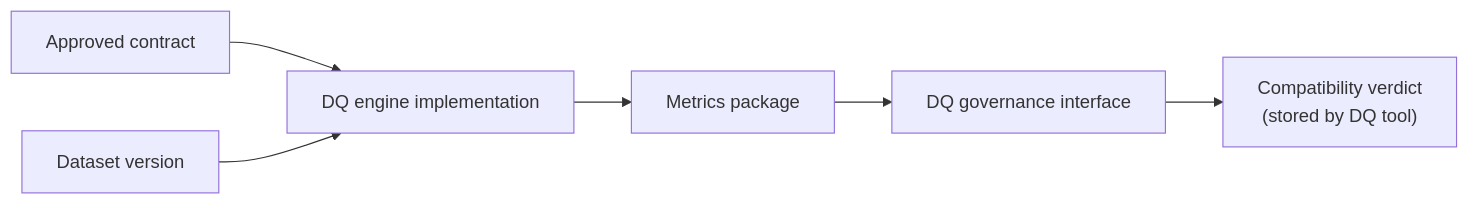
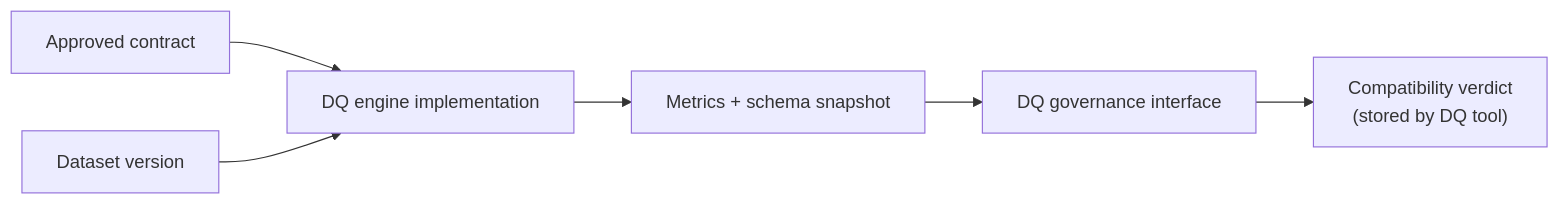
The diagram in docs/component-data-quality-engine.md (NextLab-SRL/dc43), drawn with Mermaid before and after one commit. The commit also changed other lines of this file and 18 other files, not shown here.

````diff
--- a/docs/component-data-quality-engine.md
+++ b/docs/component-data-quality-engine.md
@@ -22,8 +25,8 @@
 ```mermaid
 flowchart LR
     Contract["Approved contract"] --> Engine["DQ engine implementation"]
     Dataset["Dataset version"] --> Engine
-    Engine --> Metrics["Metrics package"]
+    Engine --> Metrics["Metrics + schema snapshot"]
     Metrics --> Governance["DQ governance interface"]
     Governance --> Verdict["Compatibility verdict\n(stored by DQ tool)"]
 ```
````
